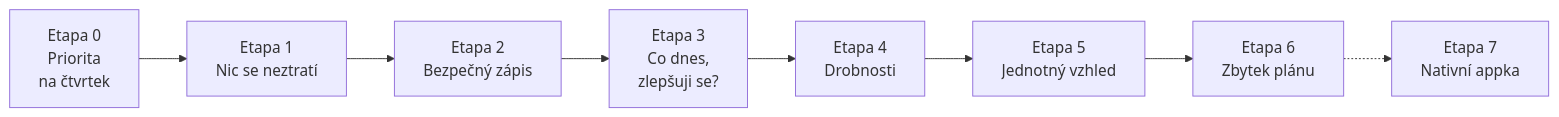
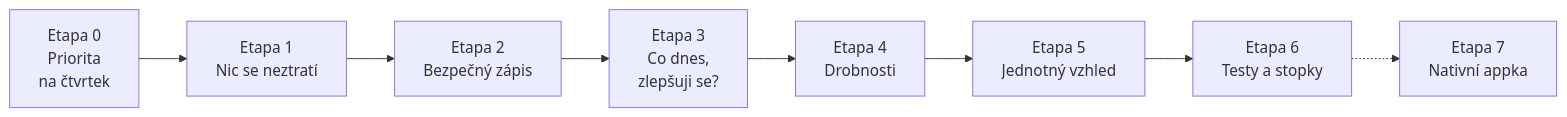
Before and after one commit to dt-appdev/workout-denik: the diagram in docs/plan-vyvoje.md, drawn with Mermaid. The commit also changed other lines of this file and 3 other files, not shown here.

First line of the commit message:
Plán: zhodnocení otevřených úloh, nové F0-17 testy a F1-24 stopky

````diff
--- a/docs/plan-vyvoje.md
+++ b/docs/plan-vyvoje.md
@@ -52,10 +52,10 @@
 ```mermaid
 flowchart LR
   E0[Etapa 0<br/>Priorita<br/>na čtvrtek] --> E1[Etapa 1<br/>Nic se neztratí]
   E1 --> E2[Etapa 2<br/>Bezpečný zápis]
   E2 --> E3[Etapa 3<br/>Co dnes,<br/>zlepšuji se?]
   E3 --> E4[Etapa 4<br/>Drobnosti]
   E4 --> E5[Etapa 5<br/>Jednotný vzhled]
-  E5 --> E6[Etapa 6<br/>Zbytek plánu]
+  E5 --> E6[Etapa 6<br/>Testy a stopky]
   E6 -.-> E7[Etapa 7<br/>Nativní appka]
 ```
````
